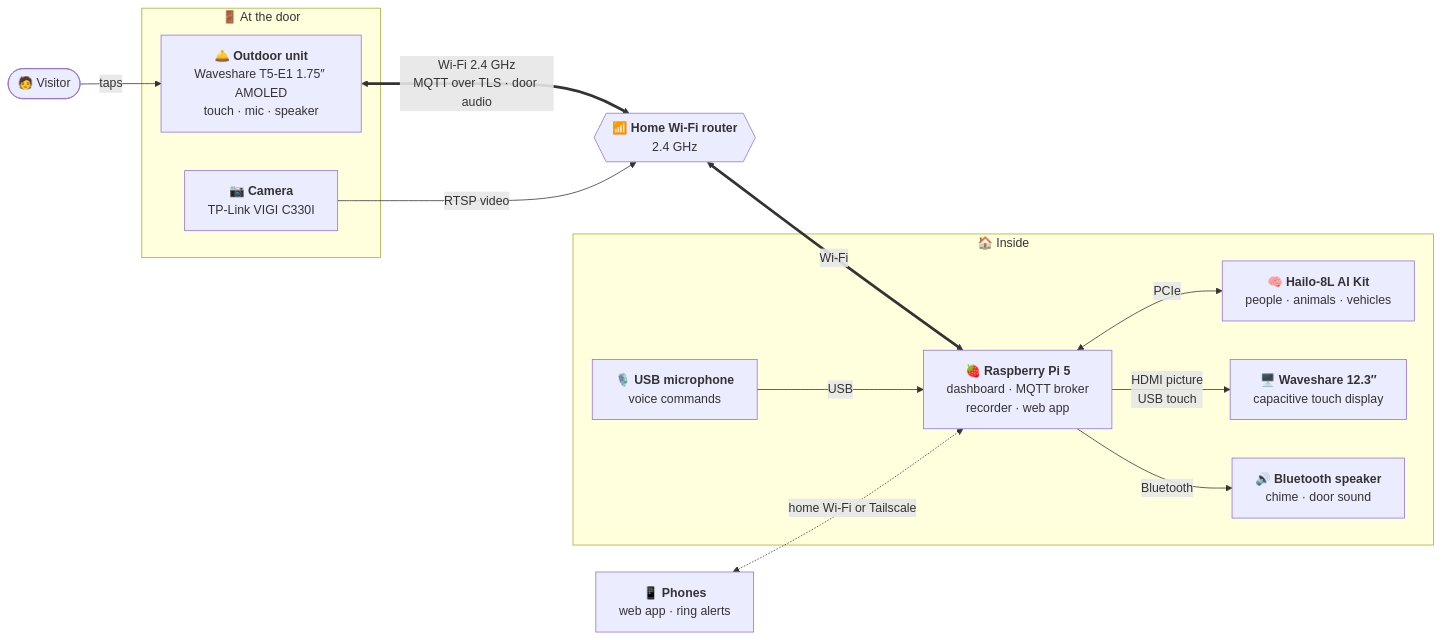
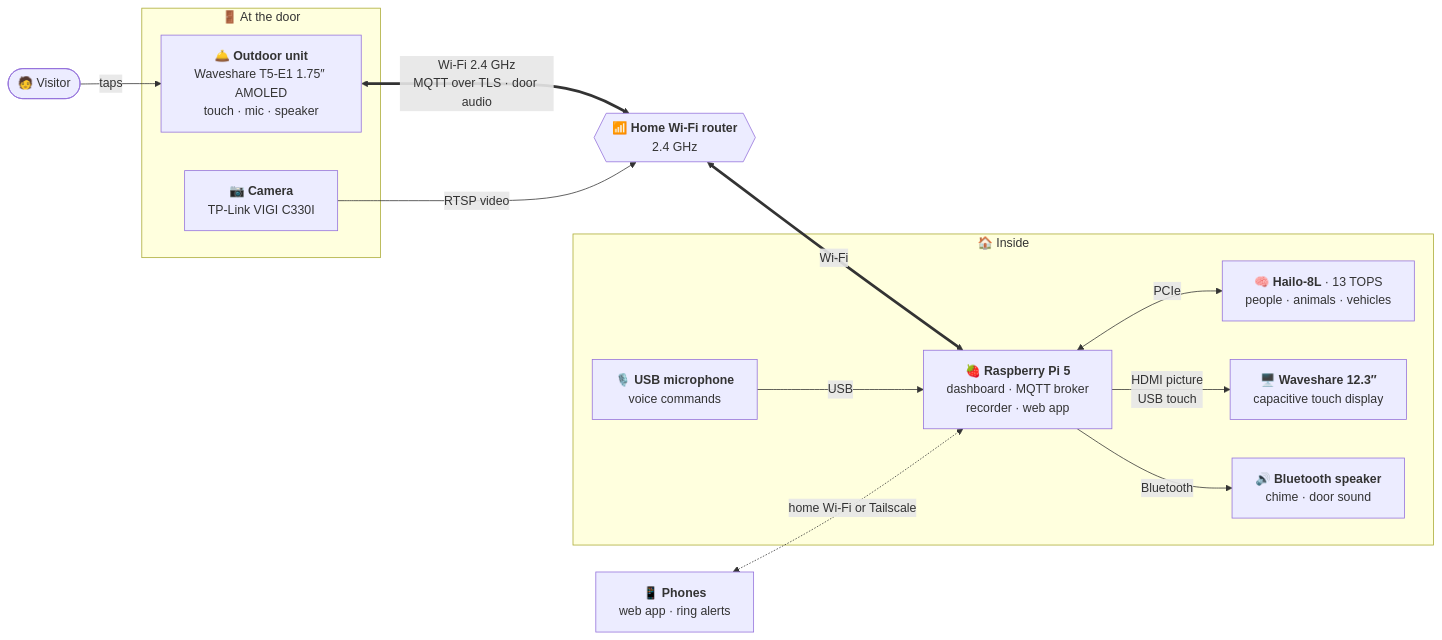
The first of 3 diagrams in README.md (someshsaraf/smart-door-bell), drawn with Mermaid before and after one commit. The commit also changed other lines of this file and 14 other files, not shown here.

First line of the commit message:
Doorbell sound in motion clips; README with diagrams and AI recording first

````diff
--- a/README.md
+++ b/README.md
@@ -47,30 +49,30 @@
 ```mermaid
 flowchart LR
     V(["🧑 Visitor"]) -- "taps" --> O
 
     subgraph DOOR["🚪 At the door"]
         O["🛎️ <b>Outdoor unit</b><br/>Waveshare T5-E1 1.75″ AMOLED<br/>touch · mic · speaker"]
         C["📷 <b>Camera</b><br/>TP-Link VIGI C330I"]
     end
 
     R{{"📶 <b>Home Wi-Fi router</b><br/>2.4 GHz"}}
 
     subgraph HOME["🏠 Inside"]
         P["🍓 <b>Raspberry Pi 5</b><br/>dashboard · MQTT broker<br/>recorder · web app"]
-        H["🧠 <b>Hailo-8L AI Kit</b><br/>people · animals · vehicles"]
+        H["🧠 <b>Hailo-8L</b> · 13 TOPS<br/>people · animals · vehicles"]
         D["🖥️ <b>Waveshare 12.3″</b><br/>capacitive touch display"]
         S["🔊 <b>Bluetooth speaker</b><br/>chime · door sound"]
         M["🎙️ <b>USB microphone</b><br/>voice commands"]
     end
 
     PH["📱 <b>Phones</b><br/>web app · ring alerts"]
 
     O <== "Wi-Fi 2.4 GHz<br/>MQTT over TLS · door audio" ==> R
     C -- "RTSP video" --> R
     R <== "Wi-Fi" ==> P
     P -- "HDMI picture<br/>USB touch" --> D
     P <-- "PCIe" --> H
     P -- "Bluetooth" --> S
     M -- "USB" --> P
     PH <-. "home Wi-Fi or Tailscale" .-> P
 ```
````
